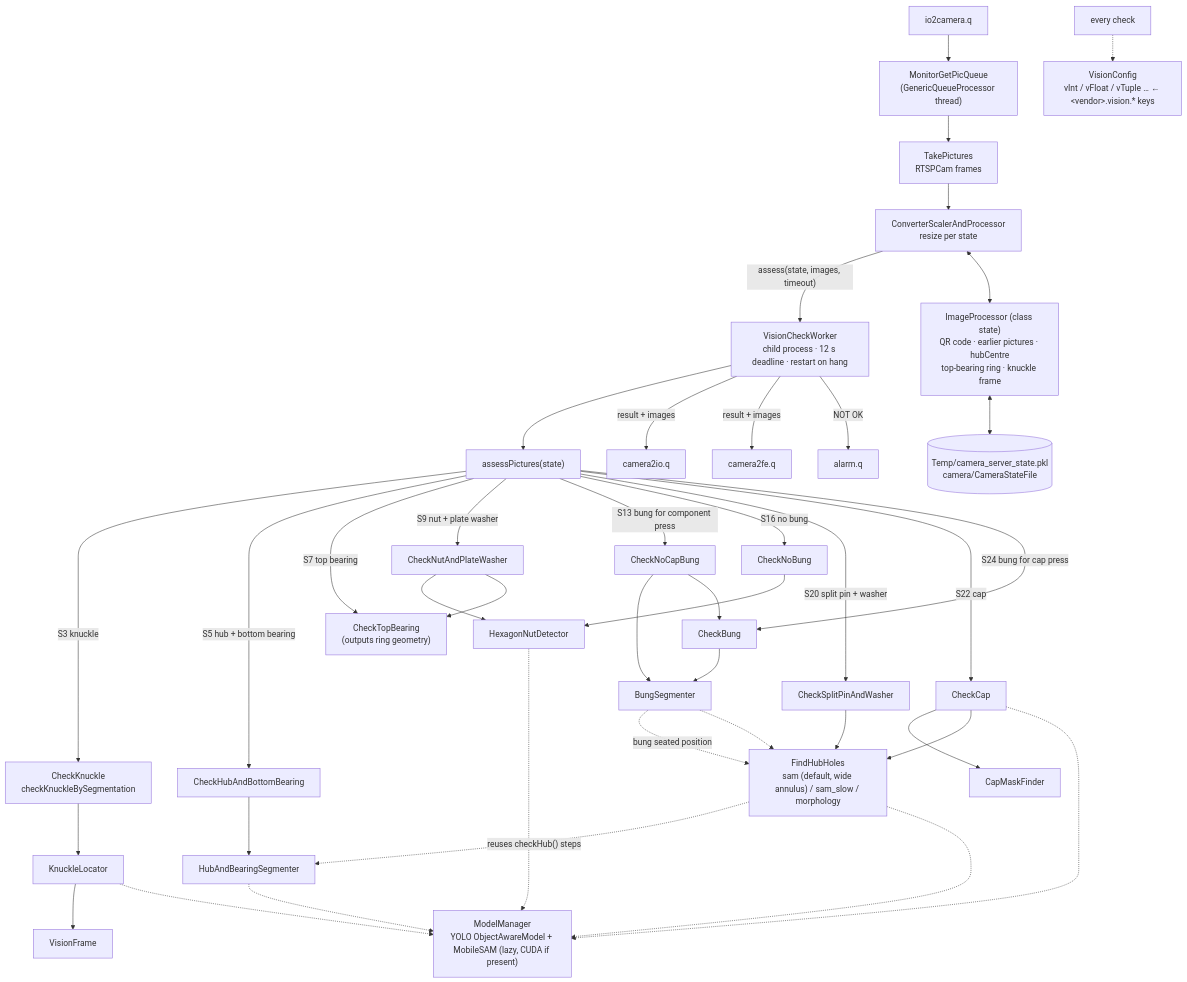
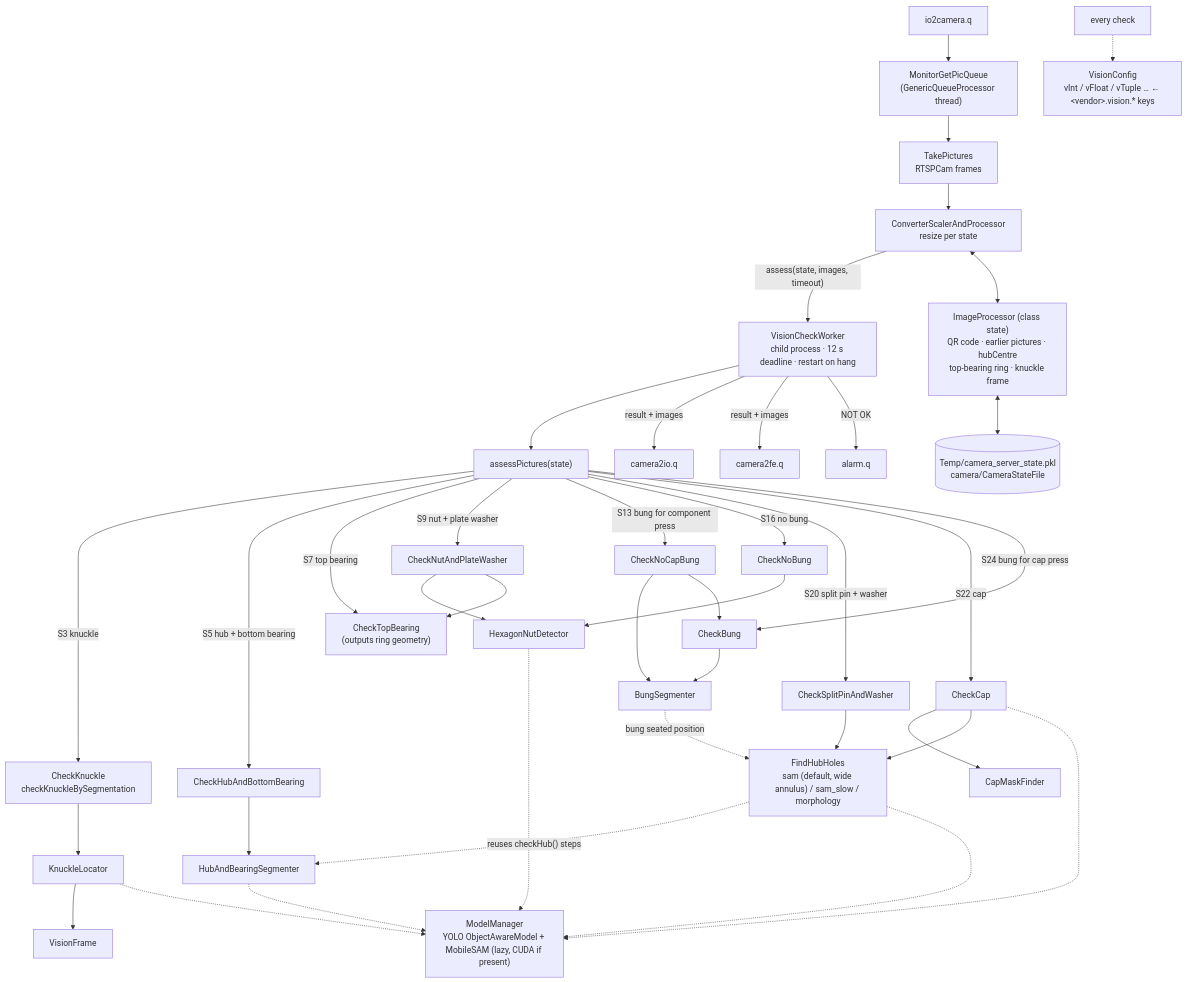
One commit to UBags/AshokLeyland_Machine2 changed the diagram in docs/code_graph/3_camera.mmd. Above: the diagram before and after it, drawn with Mermaid. The commit also changed 3 other files, not shown here.

First line of the commit message:
Code graph: one bung -> FindHubHoles edge (CHANGES 169)

```diff
--- a/docs/code_graph/3_camera.mmd
+++ b/docs/code_graph/3_camera.mmd
@@ -1,32 +1,31 @@
 flowchart TB
   IN["io2camera.q"] --> M["MonitorGetPicQueue<br/>(GenericQueueProcessor thread)"]
   M --> T["TakePictures<br/>RTSPCam frames"]
   T --> C["ConverterScalerAndProcessor<br/>resize per state"]
   C -->|"assess(state, images, timeout)"| W["VisionCheckWorker<br/>child process · 12 s deadline · restart on hang"]
   W --> A["assessPictures(state)"]
   IP["ImageProcessor (class state)<br/>QR code · earlier pictures · hubCentre<br/>top-bearing ring · knuckle frame"]
   SF[("Temp/camera_server_state.pkl<br/>camera/CameraStateFile")]
   IP <--> SF
   C <--> IP
   A -->|"S3 knuckle"| K["CheckKnuckle<br/>checkKnuckleBySegmentation"]
   K --> KL["KnuckleLocator"] --> VF["VisionFrame"]
   A -->|"S5 hub + bottom bearing"| H["CheckHubAndBottomBearing"] --> HS["HubAndBearingSegmenter"]
   A -->|"S7 top bearing"| TB["CheckTopBearing<br/>(outputs ring geometry)"]
   A -->|"S9 nut + plate washer"| N["CheckNutAndPlateWasher"] --> HN["HexagonNutDetector"]
   N --> TB
   A -->|"S13 bung for component press"| NCB["CheckNoCapBung"] --> BS["BungSegmenter"]
   NCB --> CB
   A -->|"S16 no bung"| NB["CheckNoBung"] --> HN
   A -->|"S20 split pin + washer"| SP["CheckSplitPinAndWasher"]
   A -->|"S22 cap"| CP["CheckCap"] --> CMF["CapMaskFinder"]
   A -->|"S24 bung for cap press"| CB["CheckBung"] --> BS
   SP & CP --> FH["FindHubHoles<br/>sam (default, wide annulus) / sam_slow / morphology"]
   BS -.->|"bung seated position"| FH
-  BS -.-> FH
   FH -.->|"reuses checkHub() steps"| HS
   HS & HN & KL -.-> MM["ModelManager<br/>YOLO ObjectAwareModel + MobileSAM (lazy, CUDA if present)"]
   FH -.-> MM
   CP -.-> MM
   ALLV["every check"] -.-> VC["VisionConfig<br/>vInt / vFloat / vTuple … ← &lt;vendor&gt;.vision.* keys"]
   W -->|"result + images"| OUT1["camera2io.q"] & OUT2["camera2fe.q"]
   W -->|"NOT OK"| OUT3["alarm.q"]
```
